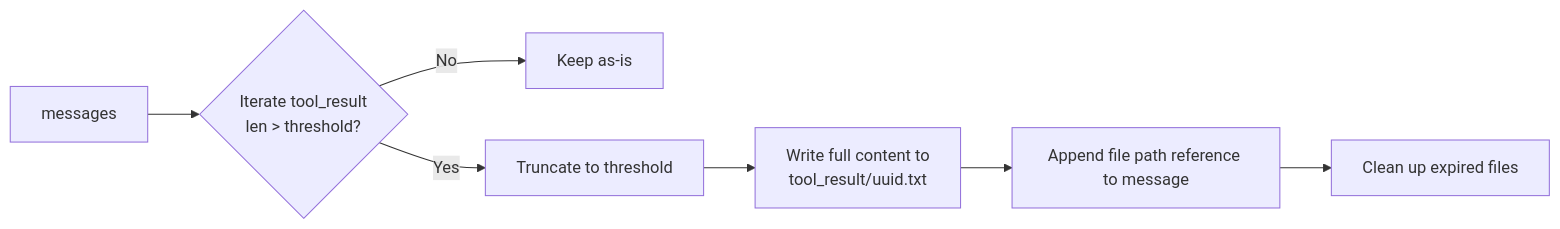
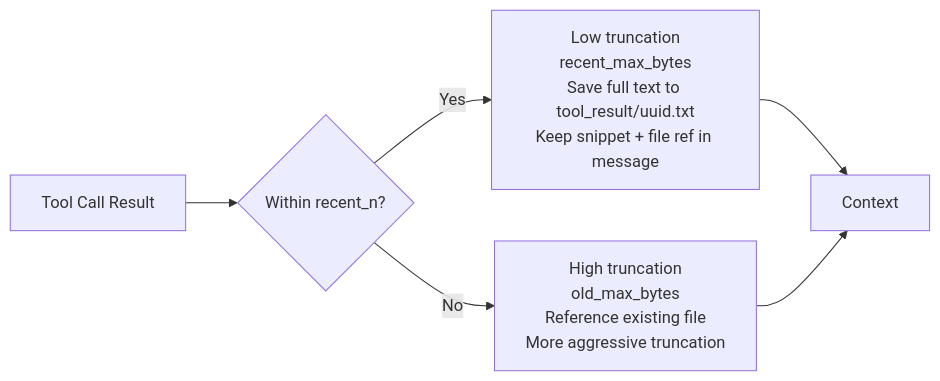
The sixth of 9 diagrams in docs/context.en.md (cofly-io/xClaw), drawn with Mermaid before and after one commit. The commit also changed other lines of this file and 226 other files, not shown here.

````diff
--- a/docs/context.en.md
+++ b/docs/context.en.md
@@ -111,9 +153,8 @@
 ```mermaid
-graph LR
-    M[messages] --> L{Iterate tool_result<br>len > threshold?}
-    L -->|No| K[Keep as-is]
-    L -->|Yes| T[Truncate to threshold]
-    T --> S[Write full content to<br>tool_result/uuid.txt]
-    S --> R[Append file path reference to message]
-    R --> C[Clean up expired files]
+flowchart LR
+    A[Tool Call Result] --> B{Within recent_n?}
+    B -->|Yes| C[Low truncation<br>recent_max_bytes<br>Save full text to tool_result/uuid.txt<br>Keep snippet + file ref in message]
+    B -->|No| D[High truncation<br>old_max_bytes<br>Reference existing file<br>More aggressive truncation]
+    C --> E[Context]
+    D --> E
 ```
````
